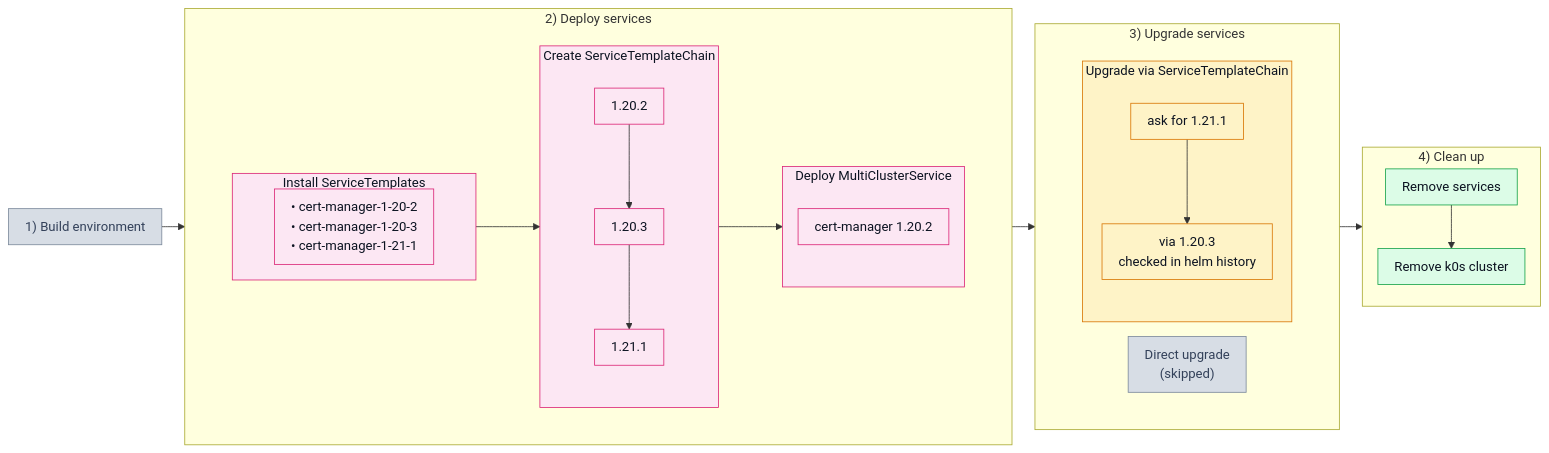
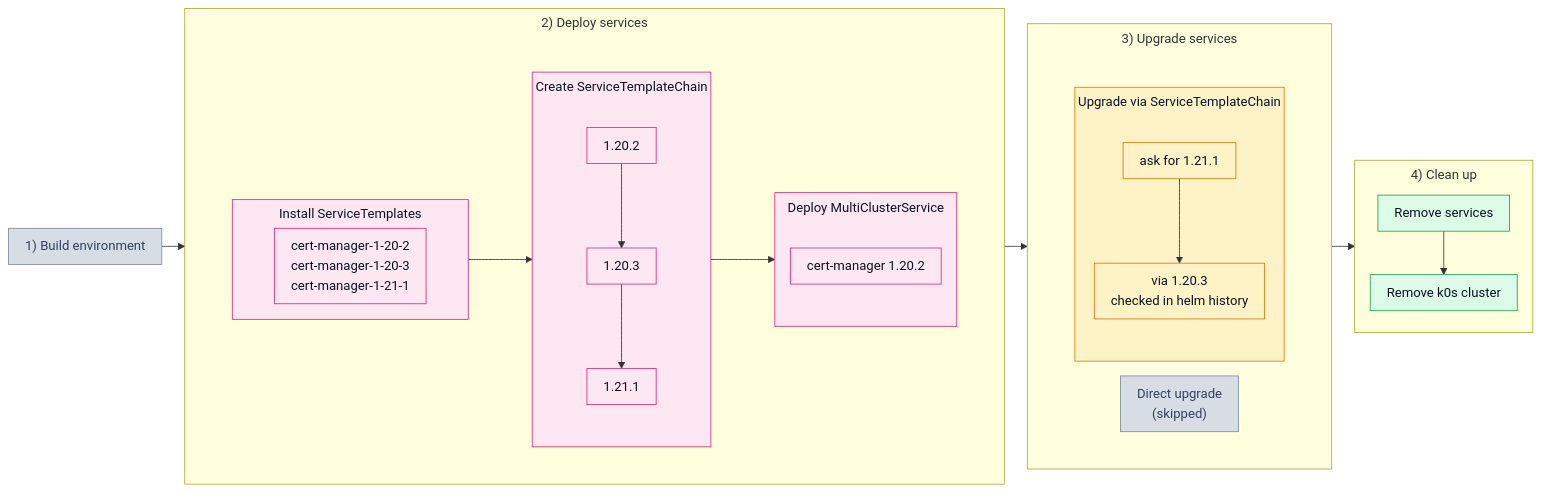
Before and after one commit to josef-hak/ksm-tests: the diagram in test_scenarios/504_stepwise_chain.md, drawn with Mermaid.

Commit message:
docs: no bullets, space under the sub-block titles

````diff
--- a/test_scenarios/504_stepwise_chain.md
+++ b/test_scenarios/504_stepwise_chain.md
@@ -16,56 +16,56 @@
 ```mermaid
-%%{init: {'flowchart': {'padding': 10, 'nodeSpacing': 18, 'rankSpacing': 28}}}%%
+%%{init: {'flowchart': {'padding': 10, 'nodeSpacing': 18, 'rankSpacing': 28, 'subGraphTitleMargin': {'top': 6, 'bottom': 10}}}}%%
 flowchart LR
     P1["1) Build environment"]
 
     subgraph P2["2) Deploy services"]
         subgraph W2[" "]
             direction LR
             subgraph D1["Install ServiceTemplates"]
-                T1["• cert-manager-1-20-2<br/>• cert-manager-1-20-3<br/>• cert-manager-1-21-1"]
+                T1["cert-manager-1-20-2<br/>cert-manager-1-20-3<br/>cert-manager-1-21-1"]
             end
 
             subgraph D3["Create ServiceTemplateChain"]
                 direction TB
                 H1["1.20.2"] --> H2["1.20.3"] --> H3["1.21.1"]
             end
 
             subgraph D2["Deploy MultiClusterService"]
                 direction TB
                 M1["cert-manager 1.20.2"]
             end
 
             D1 --> D3 --> D2
         end
     end
 
     subgraph P3["3) Upgrade services"]
         subgraph W3[" "]
             direction LR
             U1["Direct upgrade<br/>(skipped)"]
 
             subgraph U2["Upgrade via ServiceTemplateChain"]
                 direction TB
                 S1["ask for 1.21.1"] --> S2["via 1.20.3<br/>checked in helm history"]
             end
         end
     end
 
     subgraph P4["4) Clean up"]
         C1["Remove services"] --> C2["Remove k0s cluster"]
     end
 
     P1 --> P2 --> P3 --> P4
 
     classDef off fill:#d7dde5,stroke:#7c8a9c,color:#33415a
     classDef pink fill:#fce7f3,stroke:#db2777,color:#0b1220
     classDef amber fill:#fef3c7,stroke:#d97706,color:#0b1220
     classDef green fill:#dcfce7,stroke:#16a34a,color:#0b1220
     classDef bare fill:none,stroke:none
 
     class P1,U1 off
     class D1,D2,D3,T1,H1,H2,H3,M1 pink
     class U2,S1,S2 amber
     class C1,C2 green
     class W2,W3 bare
 ```
````
